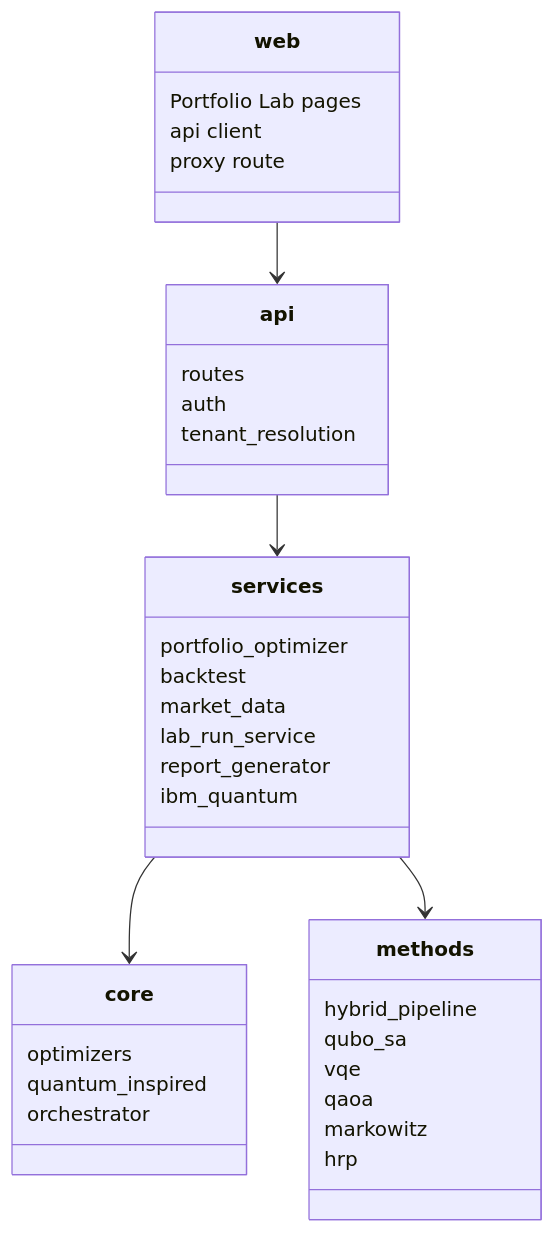
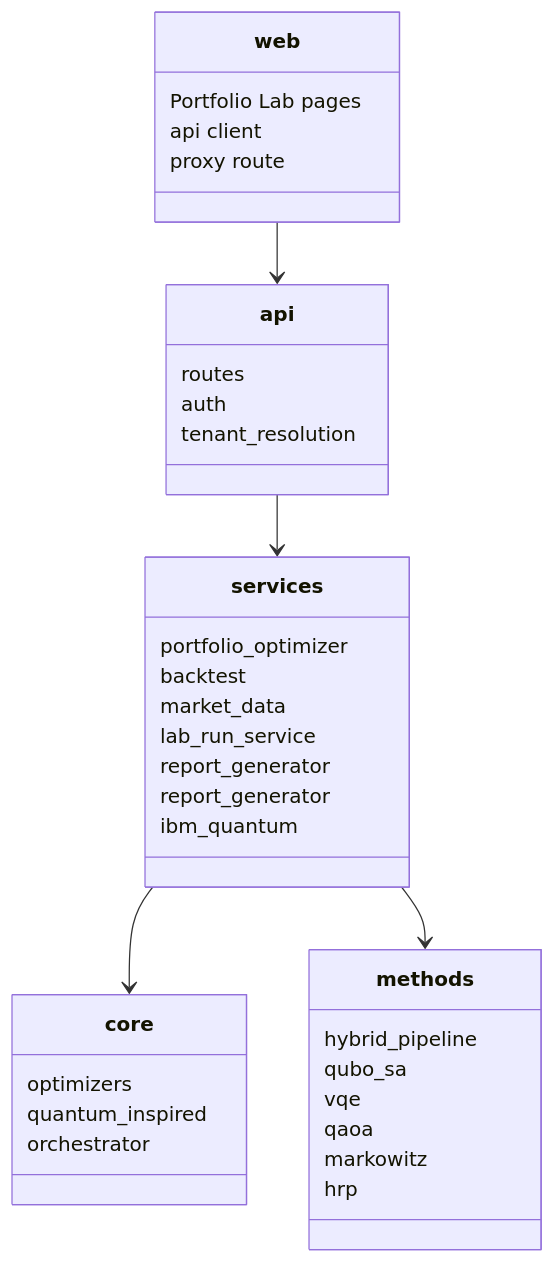
Before and after one commit to iconbaypark2900/quantum-hybrid-portfolio: the seventh of 8 diagrams in README.md, drawn with Mermaid. The commit also changed other lines of this file and 78 other files, not shown here.

````diff
--- a/README.md
+++ b/README.md
@@ -342,43 +340,44 @@
 ```mermaid
 classDiagram
   class api {
     routes
     auth
     tenant_resolution
   }
 
   class services {
     portfolio_optimizer
     backtest
     market_data
     lab_run_service
+    report_generator
     report_generator
     ibm_quantum
   }
 
   class core {
     optimizers
     quantum_inspired
     orchestrator
   }
 
   class methods {
     hybrid_pipeline
     qubo_sa
     vqe
     qaoa
     markowitz
     hrp
   }
 
   class web {
     Portfolio Lab pages
     api client
     proxy route
   }
 
   api --> services
   services --> core
   services --> methods
   web --> api
 ```
````
